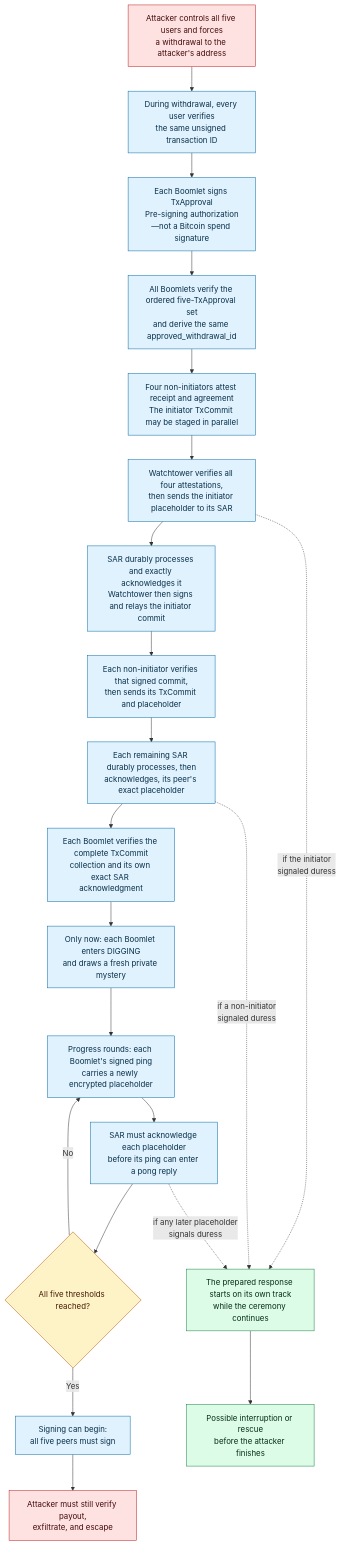
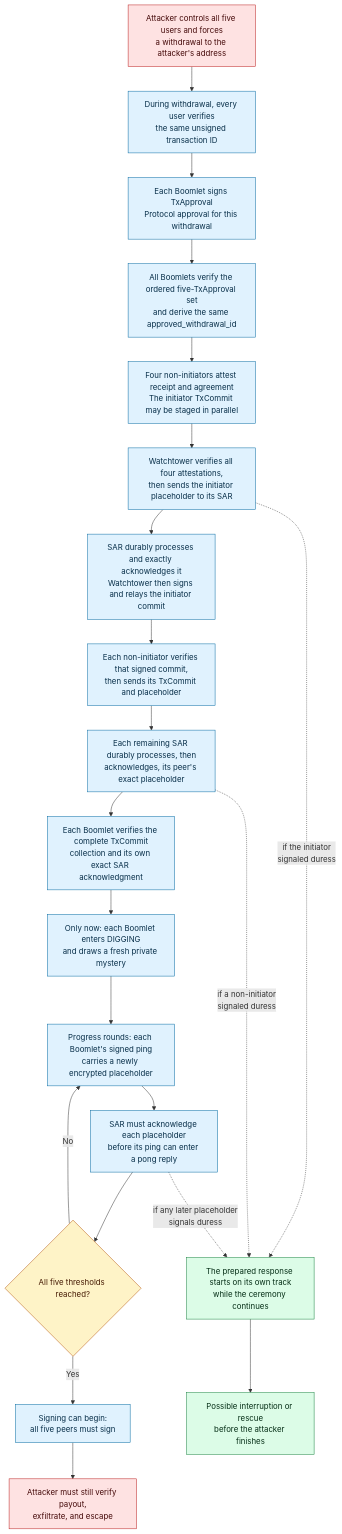
The second of 6 diagrams in README.md (cogwheel26/boomerang_design), drawn with Mermaid before and after one commit. The commit also changed other lines of this file, not shown here.

````diff
--- a/README.md
+++ b/README.md
@@ -236,34 +235,34 @@
 ```mermaid
 flowchart TD
     A["Attacker controls all five users and forces<br/>a withdrawal to the attacker's address"] --> T["During withdrawal, every user verifies<br/>the same unsigned transaction ID"]
-    T --> A1["Each Boomlet signs TxApproval<br/>Pre-signing authorization—not a Bitcoin spend signature"]
+    T --> A1["Each Boomlet signs TxApproval<br/>Protocol approval for this withdrawal"]
     A1 --> A2["All Boomlets verify the ordered five-TxApproval set<br/>and derive the same approved_withdrawal_id"]
     A2 --> G["Four non-initiators attest receipt and agreement<br/>The initiator TxCommit may be staged in parallel"]
     G --> I0["Watchtower verifies all four attestations,<br/>then sends the initiator placeholder to its SAR"]
     I0 --> D["SAR durably processes and exactly acknowledges it<br/>Watchtower then signs and relays the initiator commit"]
     D --> N["Each non-initiator verifies that signed commit,<br/>then sends its TxCommit and placeholder"]
     N --> K["Each remaining SAR durably processes, then<br/>acknowledges, its peer's exact placeholder"]
     K --> C["Each Boomlet verifies the complete TxCommit<br/>collection and its own exact SAR acknowledgment"]
     C --> M["Only now: each Boomlet enters DIGGING<br/>and draws a fresh private mystery"]
     M --> R["Progress rounds: each Boomlet's signed ping<br/>carries a newly encrypted placeholder"]
     R --> P["SAR must acknowledge each placeholder<br/>before its ping can enter a pong reply"]
     P --> Q{"All five thresholds reached?"}
     Q -- "No" --> R
     Q -- "Yes" --> S["Signing can begin:<br/>all five peers must sign"]
     S --> V["Attacker must still verify payout,<br/>exfiltrate, and escape"]
 
     I0 -. "if the initiator<br/>signaled duress" .-> X["The prepared response starts on its own track<br/>while the ceremony continues"]
     K -. "if a non-initiator<br/>signaled duress" .-> X
     P -. "if any later placeholder<br/>signals duress" .-> X
     X --> I["Possible interruption or rescue<br/>before the attacker finishes"]
 
     classDef attacker fill:#fee2e2,stroke:#b91c1c,color:#450a0a
     classDef protocol fill:#e0f2fe,stroke:#0369a1,color:#082f49
     classDef decision fill:#fef3c7,stroke:#b45309,color:#451a03
     classDef response fill:#dcfce7,stroke:#15803d,color:#052e16
     class A attacker
     class T,A1,A2,D,G,I0,N,K,C,M,R,P,S protocol
     class Q decision
     class X,I response
     class V attacker
 ```
````
